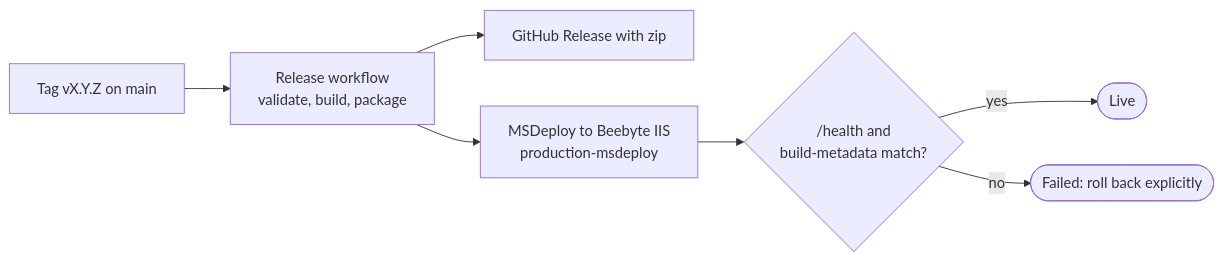
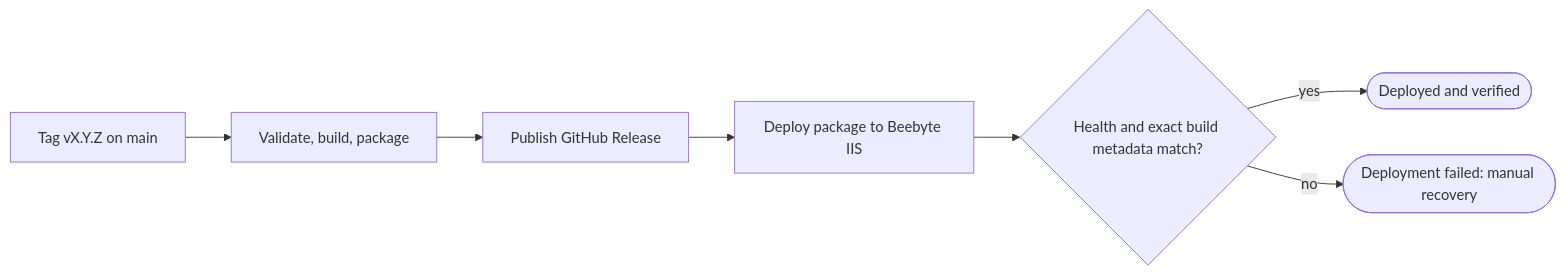
The diagram in docs/iis-release.md (fredrik-hellmangroup/cv-online-presenter), drawn with Mermaid before and after one commit. The commit also changed other lines of this file and 2 other files, not shown here.

Commit message:
docs: record issue 56 release recovery decision

````diff
--- a/docs/iis-release.md
+++ b/docs/iis-release.md
@@ -5,9 +7,9 @@
 ```mermaid
 flowchart LR
-    T["Tag vX.Y.Z on main"] --> B["Release workflow<br/>validate, build, package"]
-    B --> R["GitHub Release with zip"]
-    B --> D["MSDeploy to Beebyte IIS<br/>production-msdeploy"]
-    D --> C{"/health and<br/>build-metadata match?"}
-    C -->|yes| L(["Live"])
-    C -->|no| F(["Failed: roll back explicitly"])
+    T["Tag vX.Y.Z on main"] --> B["Validate, build, package"]
+    B --> R["Publish GitHub Release"]
+    R --> D["Deploy package to Beebyte IIS"]
+    D --> C{"Health and exact build metadata match?"}
+    C -->|yes| L(["Deployed and verified"])
+    C -->|no| F(["Deployment failed: manual recovery"])
 ```
````
